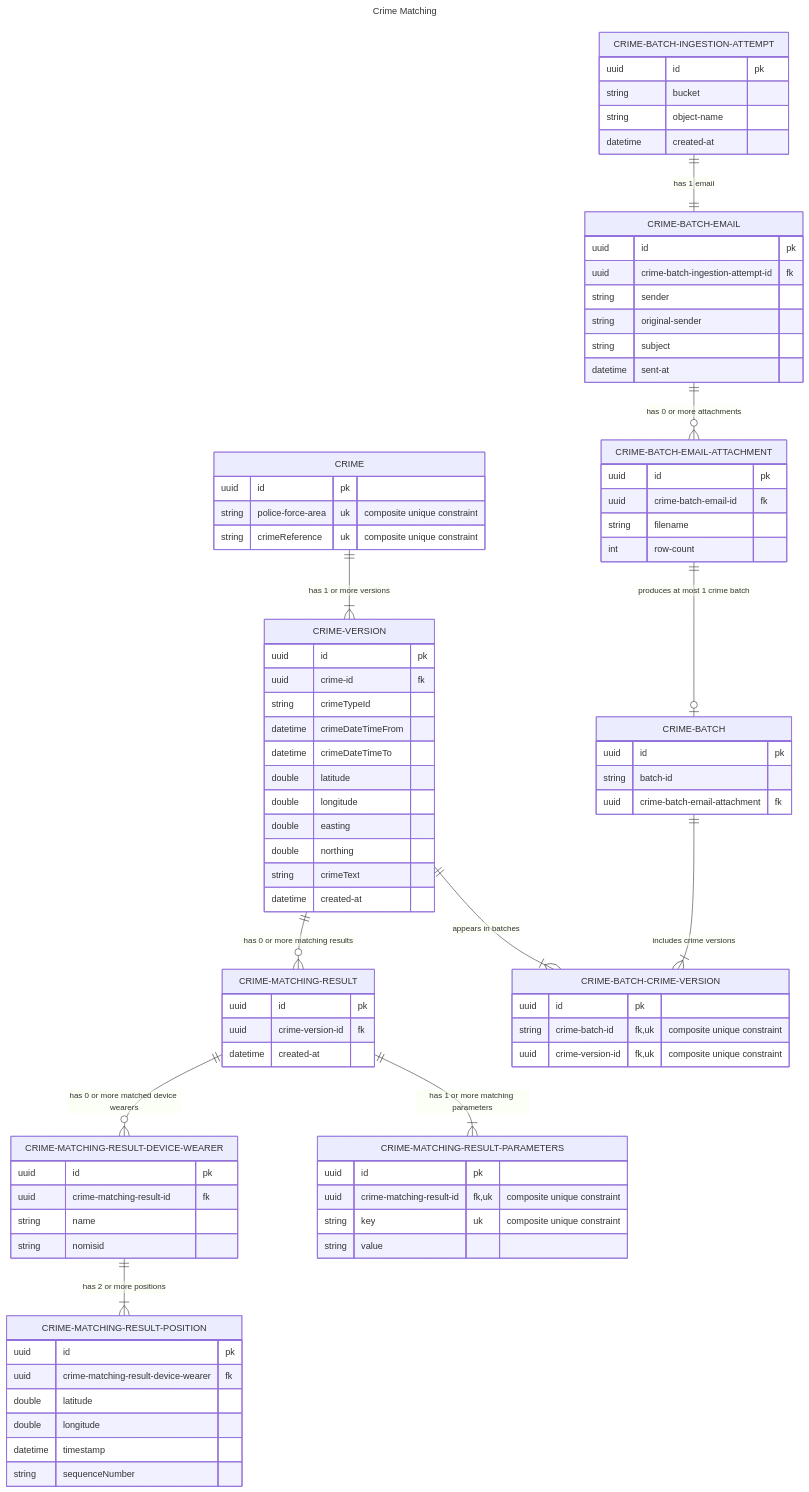
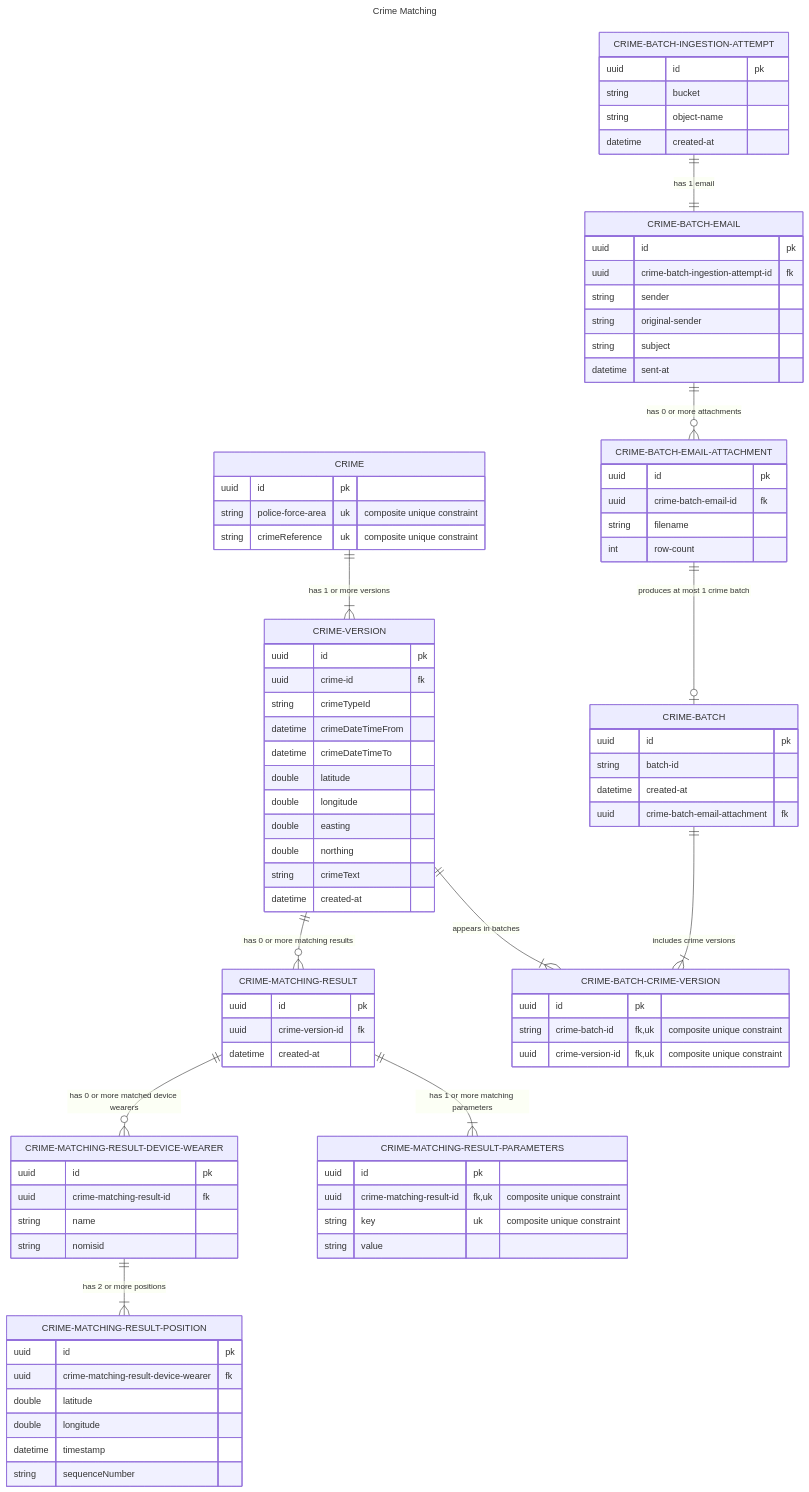
The diagram in docs/model.mmd (ministryofjustice/hmpps-electronic-monitoring-crime-matching-api), drawn with Mermaid before and after one commit.

Commit message:
Add created at

```diff
--- a/docs/model.mmd
+++ b/docs/model.mmd
@@ -1,103 +1,104 @@
 ---
 title: Crime Matching
 ---
 erDiagram 
     %% Domain
     CRIME 1 to 1+ CRIME-VERSION : "has 1 or more versions"
     CRIME-VERSION 1 to 0+ CRIME-MATCHING-RESULT : "has 0 or more matching results"
     CRIME-BATCH 1 to 1+ CRIME-BATCH-CRIME-VERSION : "includes crime versions"
     CRIME-VERSION 1 to 1+ CRIME-BATCH-CRIME-VERSION : "appears in batches"
 
     %% Ingestion
     CRIME-BATCH-EMAIL-ATTACHMENT 1 to zero or one CRIME-BATCH : "produces at most 1 crime batch"
     CRIME-BATCH-INGESTION-ATTEMPT 1 to 1 CRIME-BATCH-EMAIL : "has 1 email"
     CRIME-BATCH-EMAIL 1 to 0+ CRIME-BATCH-EMAIL-ATTACHMENT : "has 0 or more attachments"
 
     %% Matching
     CRIME-MATCHING-RESULT 1 to 0+ CRIME-MATCHING-RESULT-DEVICE-WEARER : "has 0 or more matched device wearers"
     CRIME-MATCHING-RESULT 1 to 1+ CRIME-MATCHING-RESULT-PARAMETERS : "has 1 or more matching parameters"
     CRIME-MATCHING-RESULT-DEVICE-WEARER 1 to 1+ CRIME-MATCHING-RESULT-POSITION : "has 2 or more positions"
 
     CRIME-BATCH {
         uuid id pk
         string batch-id
+        datetime created-at
         uuid crime-batch-email-attachment fk
     }
 
     CRIME-BATCH-CRIME-VERSION {
         uuid id pk
         string crime-batch-id fk, uk "composite unique constraint"
         uuid crime-version-id fk, uk "composite unique constraint"
     }
 
     CRIME-BATCH-INGESTION-ATTEMPT {
         uuid id pk
         string bucket
         string object-name
         datetime created-at
     }
 
     CRIME-BATCH-EMAIL {
         uuid id pk
         uuid crime-batch-ingestion-attempt-id fk
         string sender
         string original-sender
         string subject
         datetime sent-at
     }
 
     CRIME-BATCH-EMAIL-ATTACHMENT {
         uuid id pk
         uuid crime-batch-email-id fk
         string filename
         int row-count
     }
 
     CRIME {
         uuid id pk
         string police-force-area uk "composite unique constraint"
         string crimeReference uk "composite unique constraint"
     }
 
     CRIME-VERSION {
         uuid id pk
         uuid crime-id fk
         string crimeTypeId
         datetime crimeDateTimeFrom
         datetime crimeDateTimeTo
         double latitude
         double longitude
         double easting
         double northing
         string crimeText
         datetime created-at
     }
 
     CRIME-MATCHING-RESULT {
         uuid id pk
         uuid crime-version-id fk
         datetime created-at
     }
 
     CRIME-MATCHING-RESULT-PARAMETERS {
         uuid id pk
         uuid crime-matching-result-id fk, uk "composite unique constraint"
         string key uk "composite unique constraint"
         string value
     }
 
     CRIME-MATCHING-RESULT-DEVICE-WEARER {
         uuid id pk
         uuid crime-matching-result-id fk
         string name
         string nomisid
     }
 
     CRIME-MATCHING-RESULT-POSITION {
         uuid id pk
         uuid crime-matching-result-device-wearer fk
         double latitude
         double longitude
         datetime timestamp
         string sequenceNumber
     }
```
